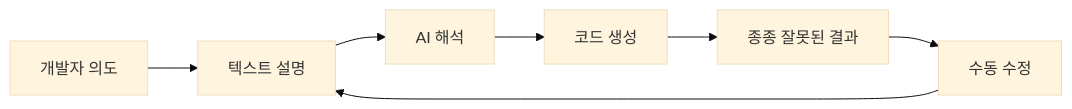
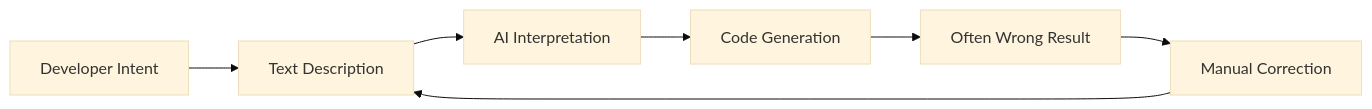
Before and after one commit to HatcherDX/hatch: the diagram in ko/visual-to-code.md, drawn with Mermaid (base theme). The commit also changed other lines of this file and 132 other files, not shown here.

````diff
--- a/ko/visual-to-code.md
+++ b/ko/visual-to-code.md
@@ -14,9 +14,9 @@
 ```mermaid
 graph LR
-    A[개발자 의도] --> B[텍스트 설명]
-    B --> C[AI 해석]
-    C --> D[코드 생성]
-    D --> E[종종 잘못된 결과]
-    E --> F[수동 수정]
+    A[Developer Intent] --> B[Text Description]
+    B --> C[AI Interpretation]
+    C --> D[Code Generation]
+    D --> E[Often Wrong Result]
+    E --> F[Manual Correction]
     F --> B
 ```
````
